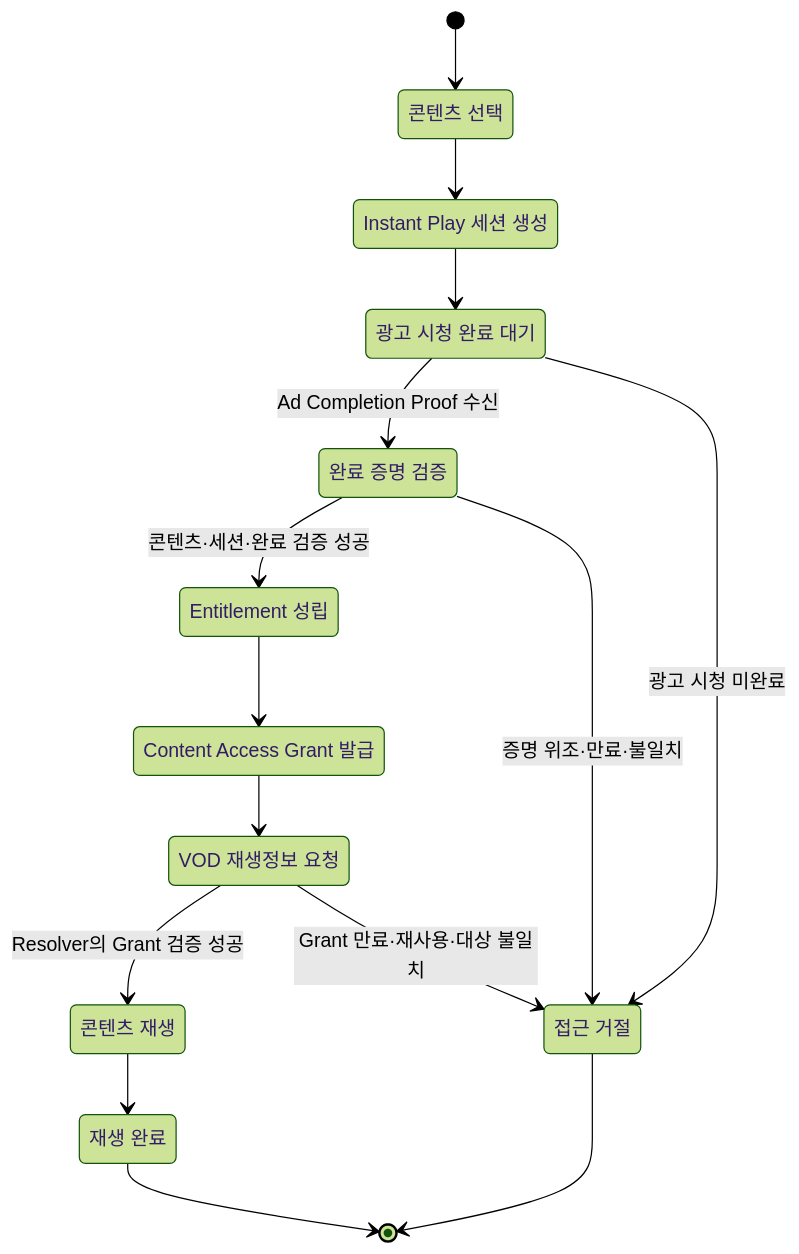
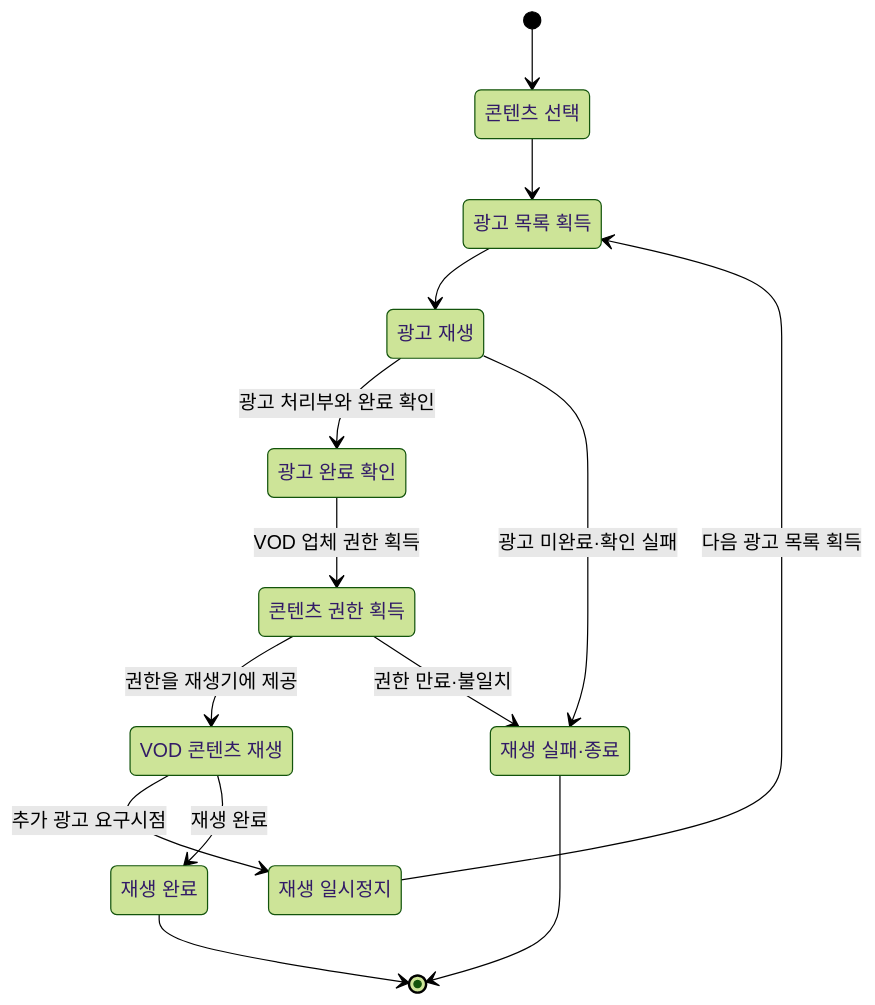
One commit to growdai1y/instant-play changed the fourth of 4 diagrams in instant_play_platform.md. Above: the diagram before and after it, drawn with Mermaid (forest theme). The commit also changed other lines of this file and 2 other files, not shown here.

Commit message:
Update InstantPlay patent documentation

```diff
--- a/instant_play_platform.md
+++ b/instant_play_platform.md
@@ -464,28 +868,26 @@
 ~~~mermaid
 stateDiagram-v2
     state "콘텐츠 선택" as Selected
-    state "Instant Play 세션 생성" as SessionCreated
-    state "광고 시청 완료 대기" as AwaitingAdCompletion
-    state "완료 증명 검증" as VerifyingProof
-    state "Entitlement 성립" as Entitled
-    state "Content Access Grant 발급" as GrantIssued
-    state "VOD 재생정보 요청" as Resolving
-    state "콘텐츠 재생" as Playing
-    state "접근 거절" as Denied
+    state "광고 목록 획득" as AdResolved
+    state "광고 재생" as AdPlaying
+    state "광고 완료 확인" as AdConfirmed
+    state "콘텐츠 권한 획득" as GrantAcquired
+    state "VOD 콘텐츠 재생" as Playing
+    state "재생 일시정지" as Paused
+    state "재생 실패·종료" as Denied
     state "재생 완료" as Completed
 
     [*] --> Selected
-    Selected --> SessionCreated
-    SessionCreated --> AwaitingAdCompletion
-    AwaitingAdCompletion --> VerifyingProof: Ad Completion Proof 수신
-    AwaitingAdCompletion --> Denied: 광고 시청 미완료
-    VerifyingProof --> Entitled: 콘텐츠·세션·완료 검증 성공
-    VerifyingProof --> Denied: 증명 위조·만료·불일치
-    Entitled --> GrantIssued
-    GrantIssued --> Resolving
-    Resolving --> Playing: Resolver의 Grant 검증 성공
-    Resolving --> Denied: Grant 만료·재사용·대상 불일치
-    Playing --> Completed
+    Selected --> AdResolved
+    AdResolved --> AdPlaying
+    AdPlaying --> AdConfirmed: 광고 처리부와 완료 확인
+    AdPlaying --> Denied: 광고 미완료·확인 실패
+    AdConfirmed --> GrantAcquired: VOD 업체 권한 획득
+    GrantAcquired --> Playing: 권한을 재생기에 제공
+    Playing --> Paused: 추가 광고 요구시점
+    Paused --> AdResolved: 다음 광고 목록 획득
+    Playing --> Completed: 재생 완료
+    GrantAcquired --> Denied: 권한 만료·불일치
     Completed --> [*]
     Denied --> [*]
 ~~~
```
